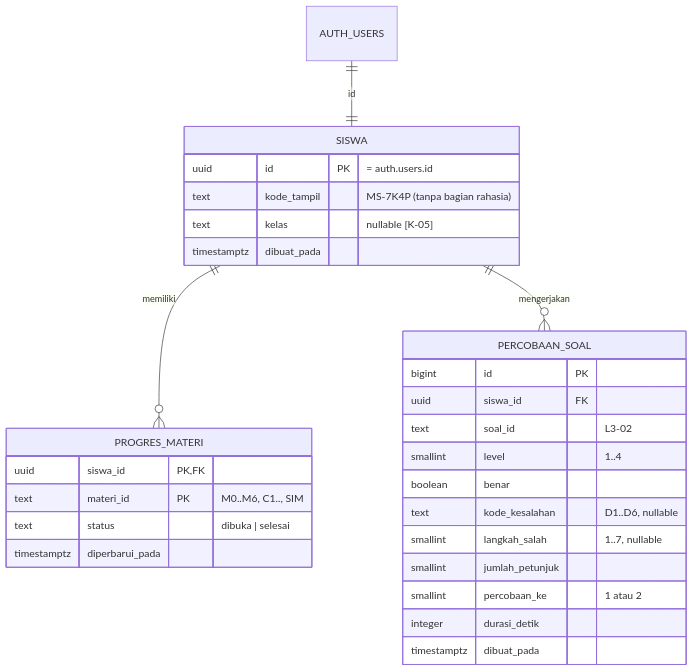
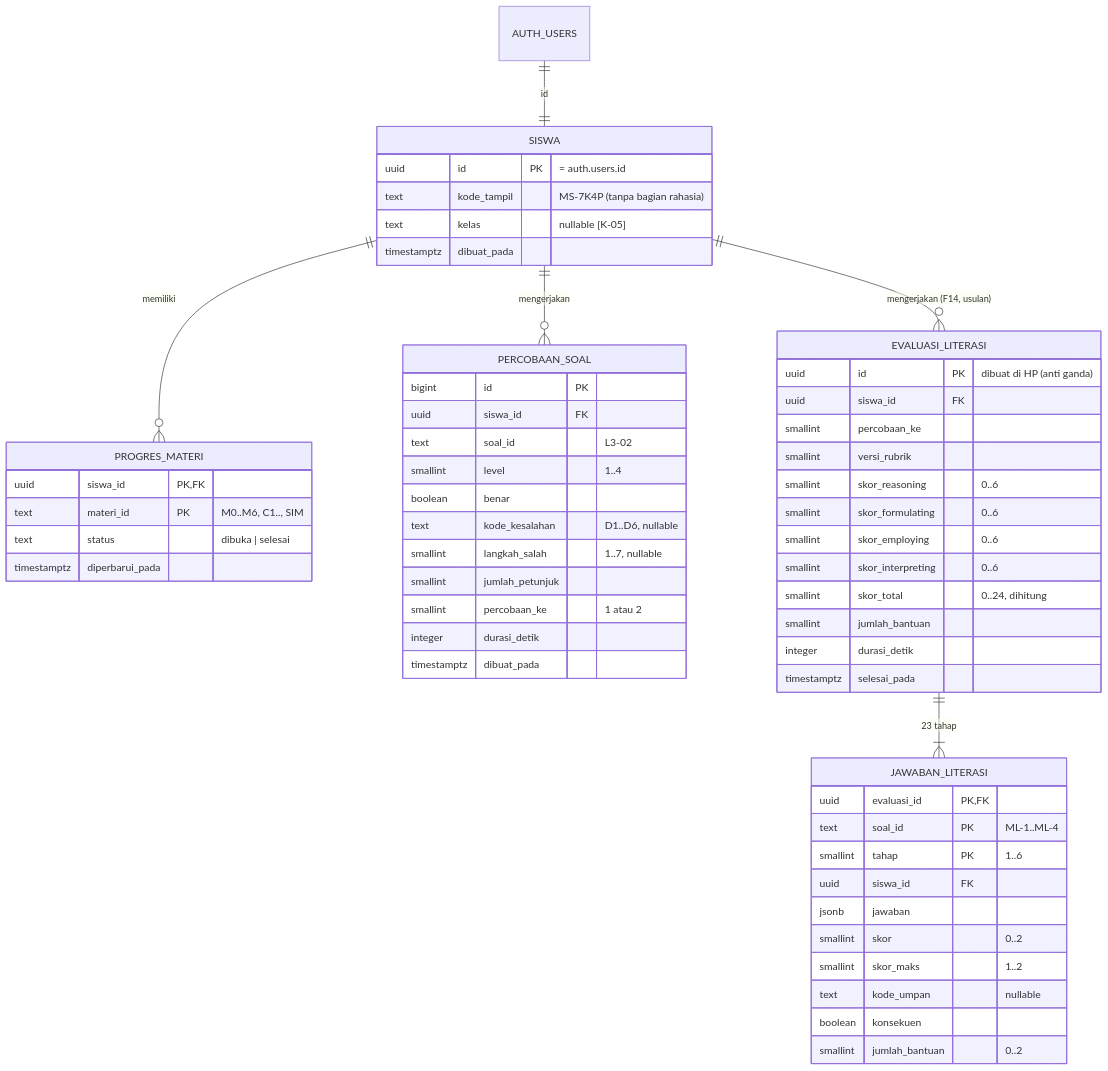
Before and after one commit to alawiahsitituti9-marker/untungcerdas: the second of 4 diagrams in docs/architecture.md, drawn with Mermaid. The commit also changed other lines of this file and 7 other files, not shown here.

First line of the commit message:
D-08: rancangan F14 Latihan Literasi Matematis dan Evaluasi (dokumen)

````diff
--- a/docs/architecture.md
+++ b/docs/architecture.md
@@ -63,31 +65,59 @@
 ```mermaid
 erDiagram
     AUTH_USERS ||--|| SISWA : "id"
     SISWA ||--o{ PROGRES_MATERI : memiliki
     SISWA ||--o{ PERCOBAAN_SOAL : mengerjakan
+    SISWA ||--o{ EVALUASI_LITERASI : "mengerjakan (F14, usulan)"
+    EVALUASI_LITERASI ||--|{ JAWABAN_LITERASI : "23 tahap"
     SISWA {
         uuid id PK "= auth.users.id"
         text kode_tampil "MS-7K4P (tanpa bagian rahasia)"
         text kelas "nullable [K-05]"
         timestamptz dibuat_pada
     }
     PROGRES_MATERI {
         uuid siswa_id PK,FK
         text materi_id PK "M0..M6, C1.., SIM"
         text status "dibuka | selesai"
         timestamptz diperbarui_pada
     }
     PERCOBAAN_SOAL {
         bigint id PK
         uuid siswa_id FK
         text soal_id "L3-02"
         smallint level "1..4"
         boolean benar
         text kode_kesalahan "D1..D6, nullable"
         smallint langkah_salah "1..7, nullable"
         smallint jumlah_petunjuk
         smallint percobaan_ke "1 atau 2"
         integer durasi_detik
         timestamptz dibuat_pada
     }
+    EVALUASI_LITERASI {
+        uuid id PK "dibuat di HP (anti ganda)"
+        uuid siswa_id FK
+        smallint percobaan_ke
+        smallint versi_rubrik
+        smallint skor_reasoning "0..6"
+        smallint skor_formulating "0..6"
+        smallint skor_employing "0..6"
+        smallint skor_interpreting "0..6"
+        smallint skor_total "0..24, dihitung"
+        smallint jumlah_bantuan
+        integer durasi_detik
+        timestamptz selesai_pada
+    }
+    JAWABAN_LITERASI {
+        uuid evaluasi_id PK,FK
+        text soal_id PK "ML-1..ML-4"
+        smallint tahap PK "1..6"
+        uuid siswa_id FK
+        jsonb jawaban
+        smallint skor "0..2"
+        smallint skor_maks "1..2"
+        text kode_umpan "nullable"
+        boolean konsekuen
+        smallint jumlah_bantuan "0..2"
+    }
 ```
````
